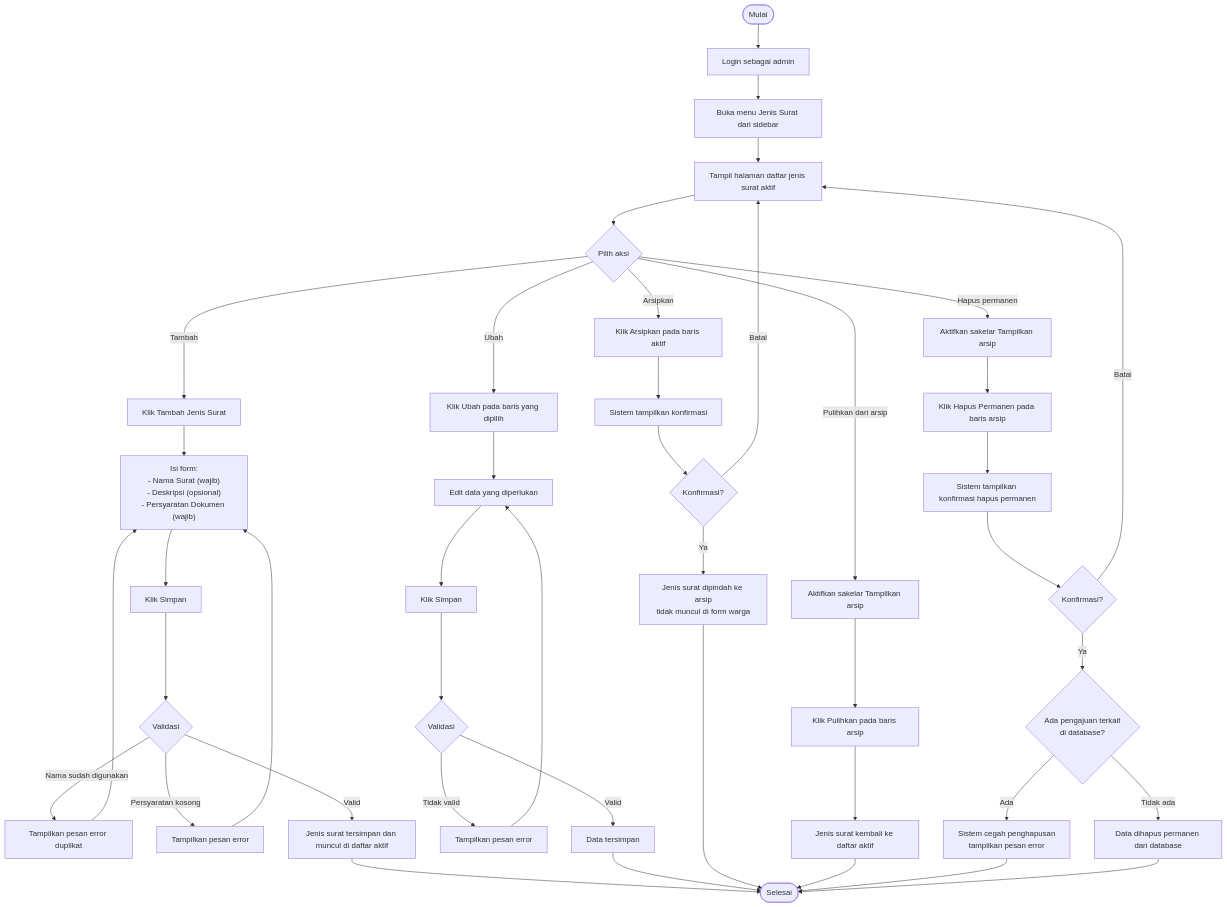
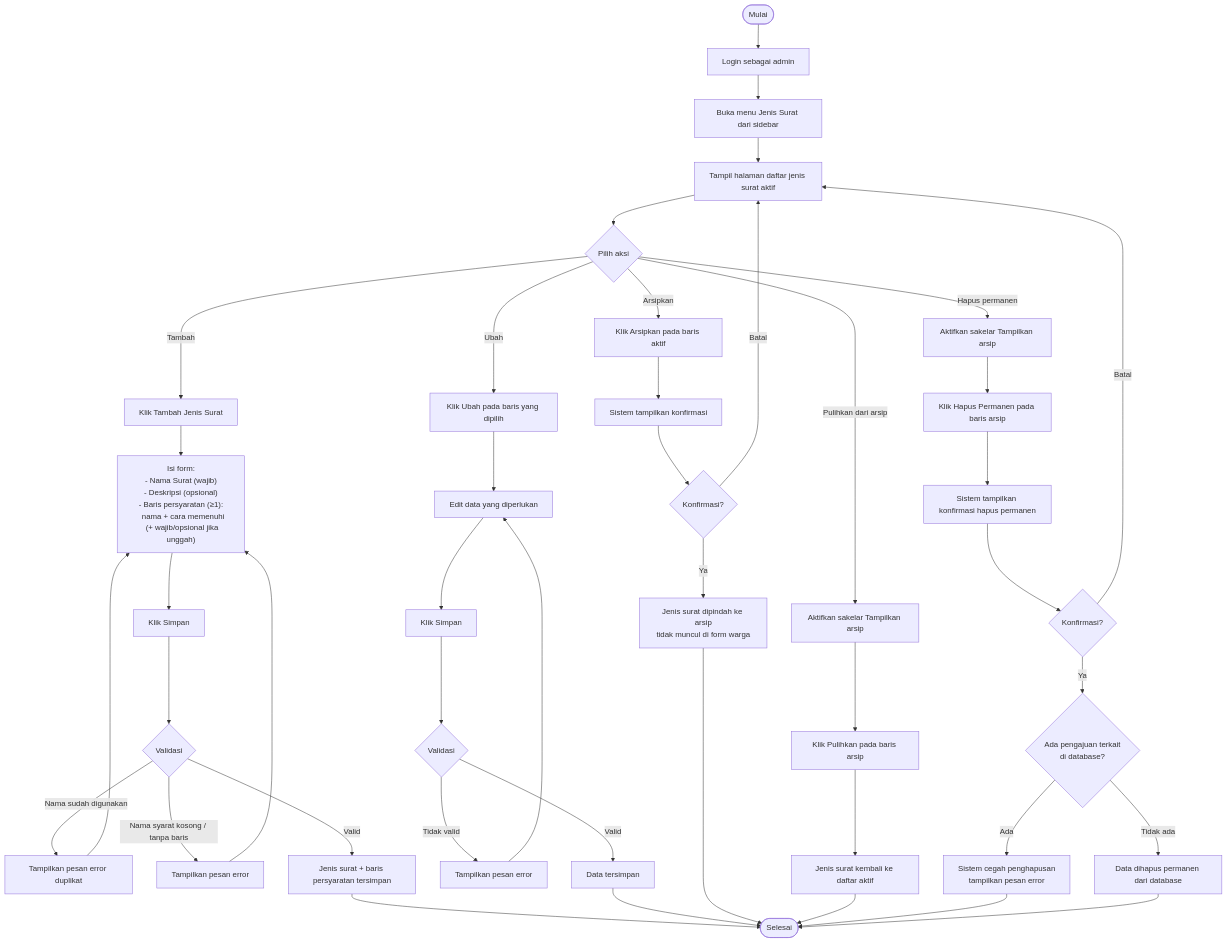
One commit to ZulfikarHD/sistem-desa changed the diagram in docs/user-docs/diagrams/activity/ad-10-kelola-jenis-surat.md. Above: the diagram before and after it, drawn with Mermaid. The commit also changed other lines of this file and 24 other files, not shown here.

First line of the commit message:
feat(jenis-surat): tambah persyaratan terstruktur menggantikan textarea bebas

````diff
--- a/docs/user-docs/diagrams/activity/ad-10-kelola-jenis-surat.md
+++ b/docs/user-docs/diagrams/activity/ad-10-kelola-jenis-surat.md
@@ -23,55 +23,55 @@
 ```mermaid
 flowchart TD
     Start([Mulai]) --> A[Login sebagai admin]
     A --> B[Buka menu Jenis Surat dari sidebar]
     B --> C[Tampil halaman daftar jenis surat aktif]
     C --> D{Pilih aksi}
 
     %% TAMBAH
     D -->|"Tambah"| E[Klik Tambah Jenis Surat]
-    E --> F["Isi form:\n- Nama Surat (wajib)\n- Deskripsi (opsional)\n- Persyaratan Dokumen (wajib)"]
+    E --> F["Isi form:\n- Nama Surat (wajib)\n- Deskripsi (opsional)\n- Baris persyaratan (≥1):\n  nama + cara memenuhi\n  (+ wajib/opsional jika unggah)"]
     F --> G[Klik Simpan]
     G --> H{Validasi}
     H -->|"Nama sudah digunakan"| I1[Tampilkan pesan error duplikat]
     I1 --> F
-    H -->|"Persyaratan kosong"| I2[Tampilkan pesan error]
+    H -->|"Nama syarat kosong / tanpa baris"| I2[Tampilkan pesan error]
     I2 --> F
-    H -->|"Valid"| J[Jenis surat tersimpan dan muncul di daftar aktif]
+    H -->|"Valid"| J[Jenis surat + baris persyaratan tersimpan]
     J --> End([Selesai])
 
     %% UBAH
     D -->|"Ubah"| K[Klik Ubah pada baris yang dipilih]
     K --> L[Edit data yang diperlukan]
     L --> M[Klik Simpan]
     M --> N{Validasi}
     N -->|"Tidak valid"| O[Tampilkan pesan error]
     O --> L
     N -->|"Valid"| P[Data tersimpan]
     P --> End
 
     %% ARSIPKAN
     D -->|"Arsipkan"| Q[Klik Arsipkan pada baris aktif]
     Q --> R[Sistem tampilkan konfirmasi]
     R --> S{Konfirmasi?}
     S -->|"Batal"| C
     S -->|"Ya"| T[Jenis surat dipindah ke arsip\ntidak muncul di form warga]
     T --> End
 
     %% PULIHKAN
     D -->|"Pulihkan dari arsip"| U[Aktifkan sakelar Tampilkan arsip]
     U --> V[Klik Pulihkan pada baris arsip]
     V --> W[Jenis surat kembali ke daftar aktif]
     W --> End
 
     %% HAPUS PERMANEN
     D -->|"Hapus permanen"| X[Aktifkan sakelar Tampilkan arsip]
     X --> Y[Klik Hapus Permanen pada baris arsip]
     Y --> Z[Sistem tampilkan konfirmasi hapus permanen]
     Z --> AA{Konfirmasi?}
     AA -->|"Batal"| C
     AA -->|"Ya"| AB{Ada pengajuan terkait\ndi database?}
     AB -->|"Ada"| AC[Sistem cegah penghapusan\ntampilkan pesan error]
     AC --> End
     AB -->|"Tidak ada"| AD[Data dihapus permanen dari database]
     AD --> End
 ```
````
